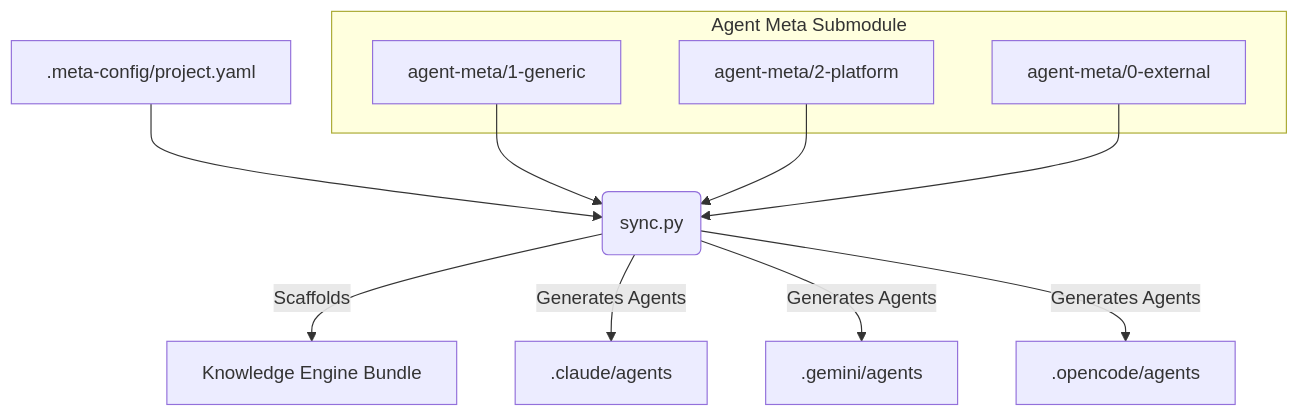
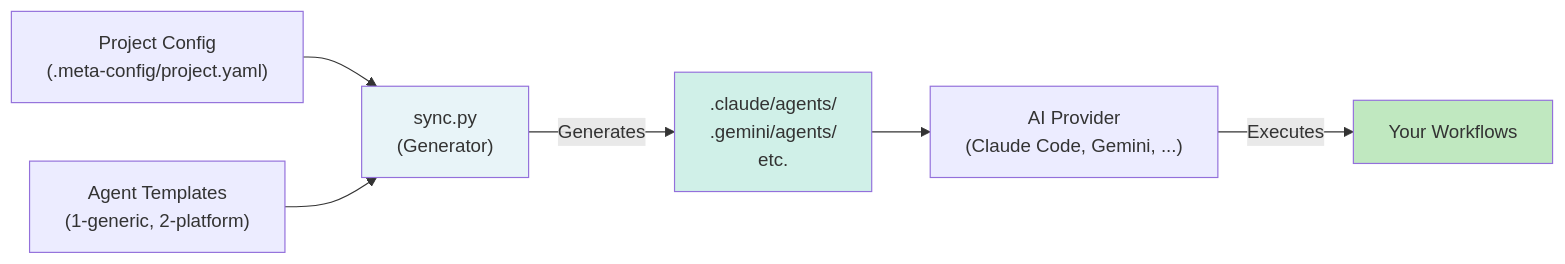
The diagram in README.md (Popoboxxo/agent-meta), drawn with Mermaid before and after one commit. The commit also changed other lines of this file and 4 other files, not shown here.

````diff
--- a/README.md
+++ b/README.md
@@ -48,18 +54,18 @@
 ```mermaid
-graph TD
-    subgraph Agent Meta Submodule
-        A[agent-meta/1-generic]
-        B[agent-meta/2-platform]
-        C[agent-meta/0-external]
-    end
+graph LR
+    A["Project Config<br/>(.meta-config/project.yaml)"]
+    B["Agent Templates<br/>(1-generic, 2-platform)"]
+    C["sync.py<br/>(Generator)"]
+    D[".claude/agents/<br/>.gemini/agents/<br/>etc."]
+    E["AI Provider<br/>(Claude Code, Gemini, ...)"]
     
-    D[.meta-config/project.yaml] --> S(sync.py)
-    A --> S
-    B --> S
-    C --> S
+    A --> C
+    B --> C
+    C -->|Generates| D
+    D --> E
+    E -->|Executes| F["Your Workflows"]
     
-    S -->|Scaffolds| K[Knowledge Engine Bundle]
-    S -->|Generates Agents| P1[.claude/agents]
-    S -->|Generates Agents| P2[.gemini/agents]
-    S -->|Generates Agents| P3[.opencode/agents]
+    style C fill:#e8f4f8
+    style D fill:#d0f0e8
+    style F fill:#c0e8c0
 ```
````
